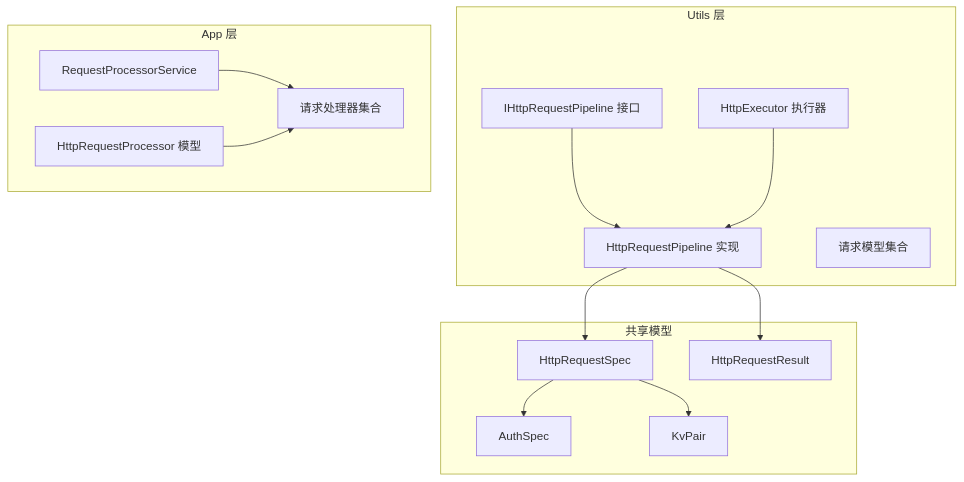
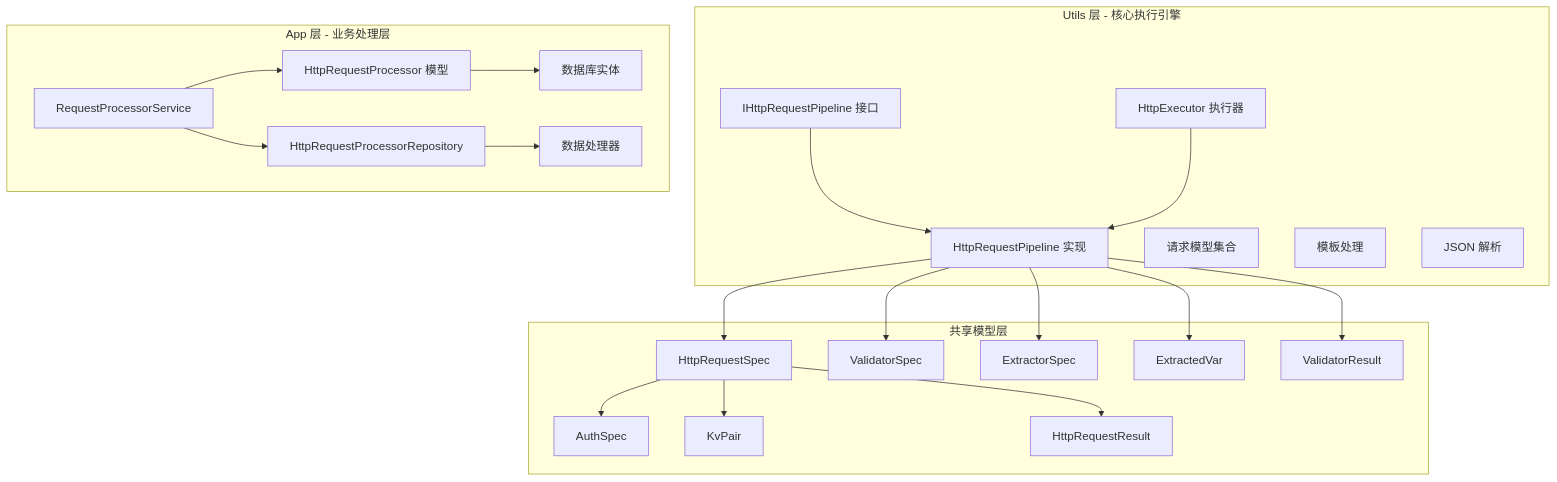
The first of 8 diagrams in .qoder/repowiki/zh/content/工具库详解/HTTP 请求管道基础设施.md (Sosososolong/AirGo), drawn with Mermaid before and after one commit. The commit also changed other lines of this file and 7 other files, not shown here.

````diff
--- a/.qoder/repowiki/zh/content/工具库详解/HTTP 请求管道基础设施.md
+++ b/.qoder/repowiki/zh/content/工具库详解/HTTP 请求管道基础设施.md
@@ -43,28 +49,42 @@
 ```mermaid
 graph TB
-subgraph "Utils 层"
+subgraph "Utils 层 - 核心执行引擎"
 A[IHttpRequestPipeline 接口]
 B[HttpRequestPipeline 实现]
 C[HttpExecutor 执行器]
 D[请求模型集合]
+E[模板处理]
+F[JSON 解析]
 end
-subgraph "App 层"
-E[RequestProcessorService]
-F[HttpRequestProcessor 模型]
-G[请求处理器集合]
+subgraph "App 层 - 业务处理层"
+G[RequestProcessorService]
+H[HttpRequestProcessor 模型]
+I[HttpRequestProcessorRepository]
+J[数据库实体]
+K[数据处理器]
 end
-subgraph "共享模型"
-H[HttpRequestSpec]
-I[AuthSpec]
-J[KvPair]
-K[HttpRequestResult]
+subgraph "共享模型层"
+L[HttpRequestSpec]
+M[AuthSpec]
+N[KvPair]
+O[HttpRequestResult]
+P[ValidatorSpec]
+Q[ExtractorSpec]
+R[ExtractedVar]
+S[ValidatorResult]
 end
 A --> B
 C --> B
-E --> G
-F --> G
-B --> H
-H --> I
+G --> H
+G --> I
 H --> J
-B --> K
+I --> K
+B --> L
+L --> M
+L --> N
+L --> O
+B --> P
+B --> Q
+B --> R
+B --> S
 ```
````
